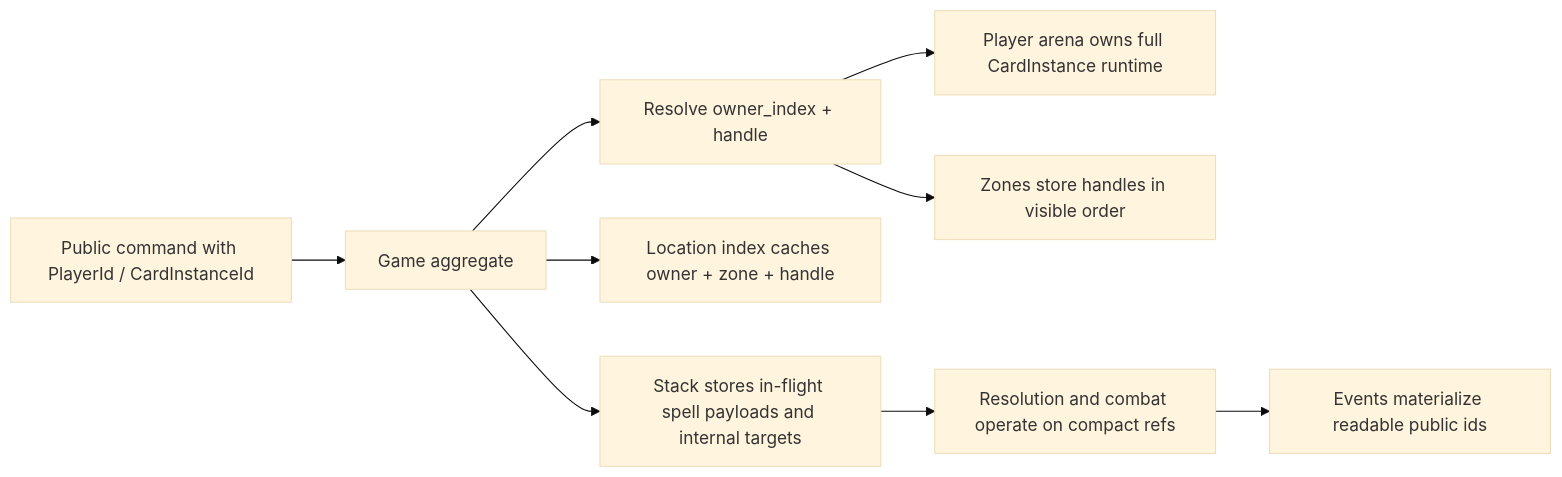
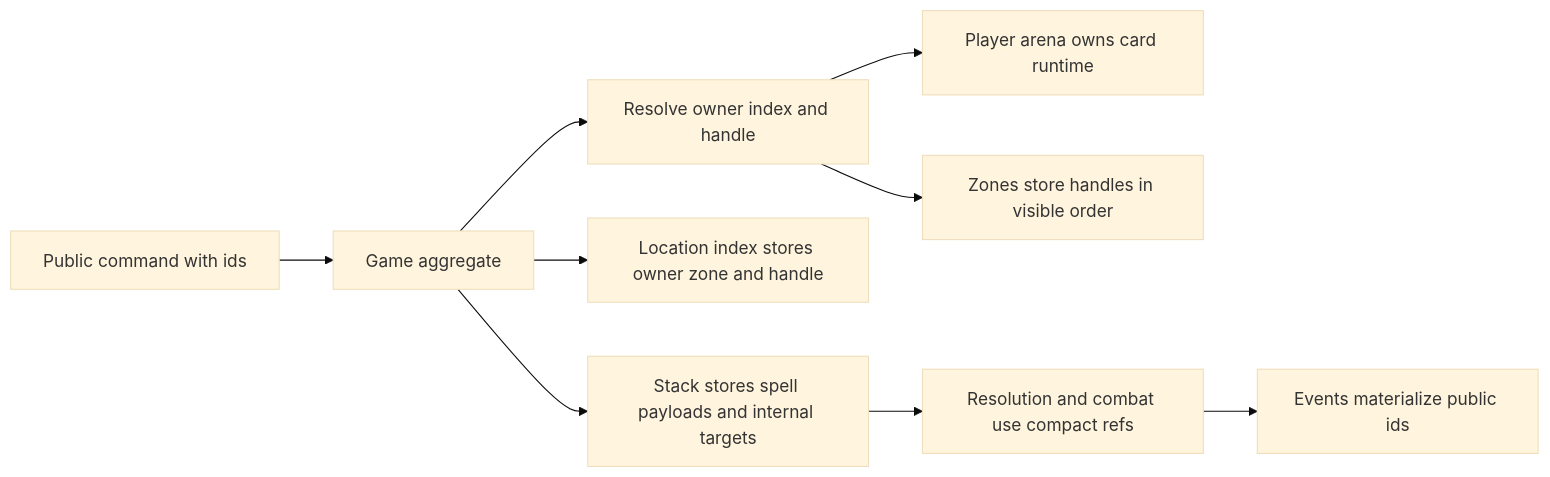
The second of 2 diagrams in docs/architecture/runtime-abstractions.md (AdriRRP/demonic-tutor), drawn with Mermaid (base theme) before and after one commit. The commit also changed other lines of this file and 3 other files, not shown here.

Commit message:
docs(architecture): sync runtime closure guidance

````diff
--- a/docs/architecture/runtime-abstractions.md
+++ b/docs/architecture/runtime-abstractions.md
@@ -471,11 +471,11 @@
 ```mermaid
 flowchart LR
-    A["Public command with PlayerId / CardInstanceId"] --> B["Game aggregate"]
-    B --> C["Resolve owner_index + handle"]
-    C --> D["Player arena owns full CardInstance runtime"]
+    A["Public command with ids"] --> B["Game aggregate"]
+    B --> C["Resolve owner index and handle"]
+    C --> D["Player arena owns card runtime"]
     C --> E["Zones store handles in visible order"]
-    B --> F["Location index caches owner + zone + handle"]
-    B --> G["Stack stores in-flight spell payloads and internal targets"]
-    G --> H["Resolution and combat operate on compact refs"]
-    H --> I["Events materialize readable public ids"]
+    B --> F["Location index stores owner zone and handle"]
+    B --> G["Stack stores spell payloads and internal targets"]
+    G --> H["Resolution and combat use compact refs"]
+    H --> I["Events materialize public ids"]
 ```
````
